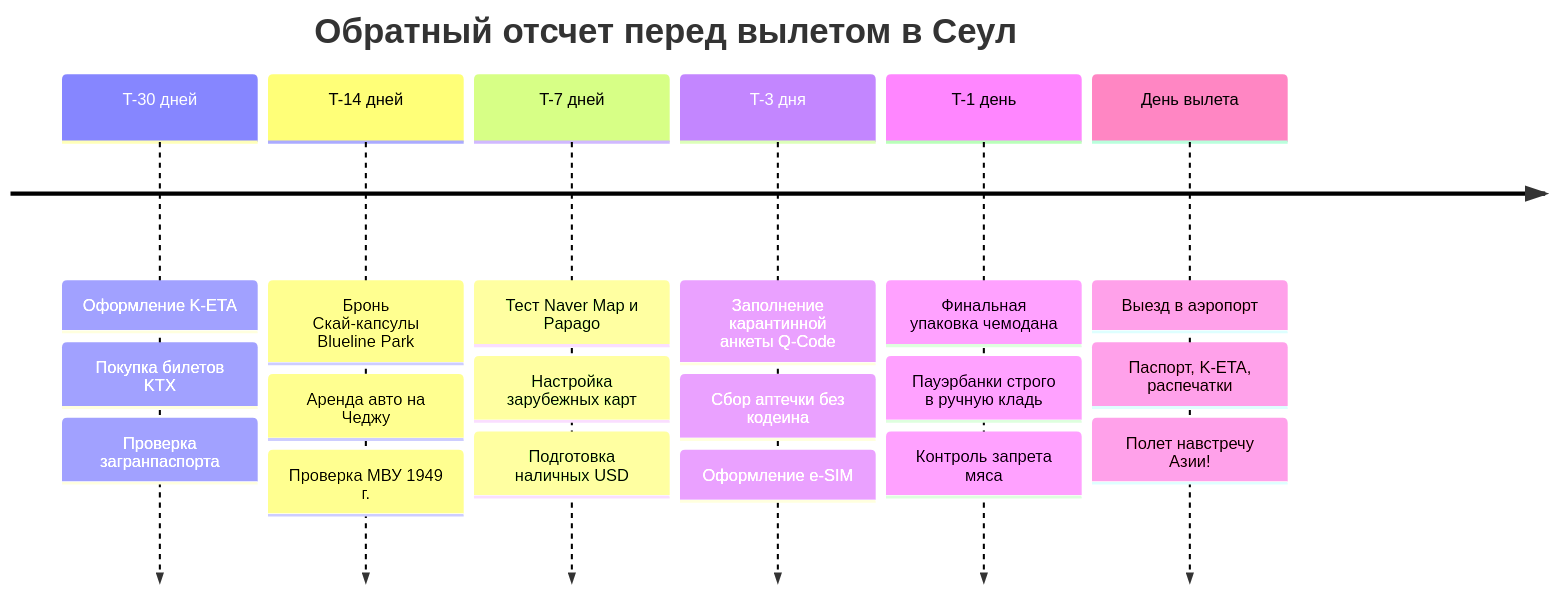
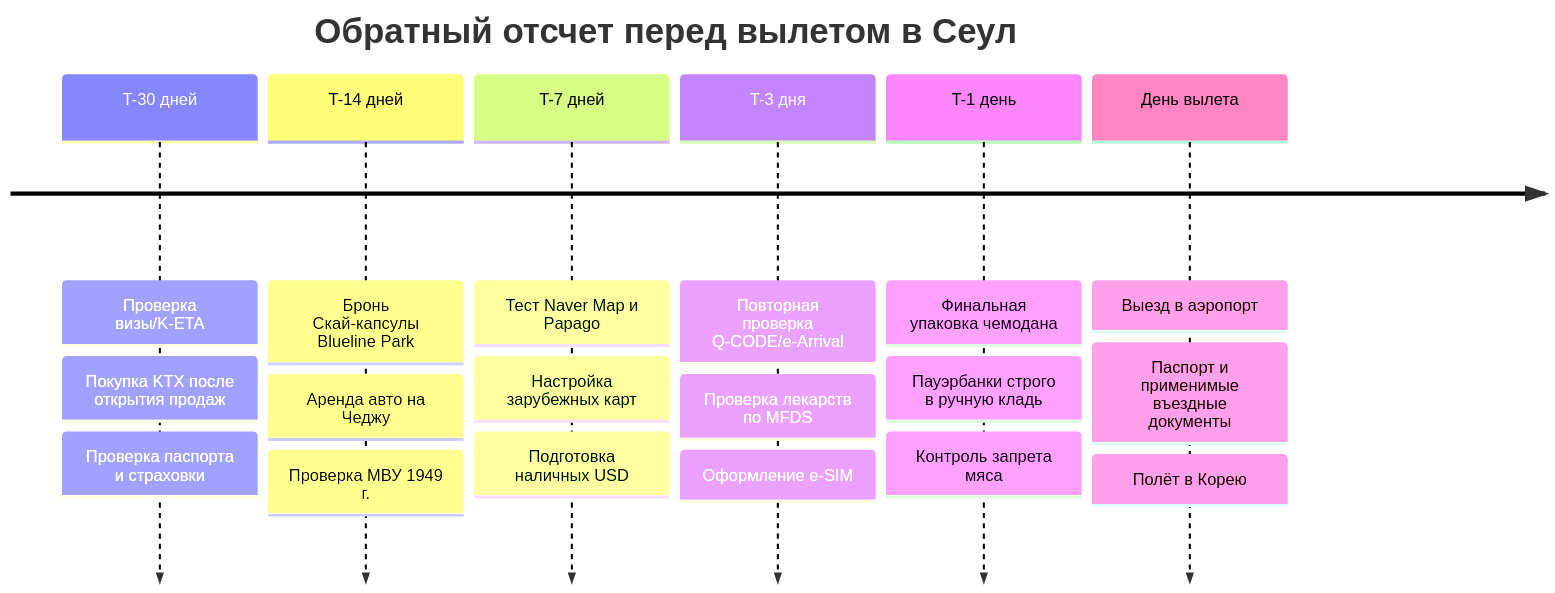
The third of 3 diagrams in Personal Note/Travel/-- South Korea/06 - Чек лист/Чек-лист подготовки и сборов.md (injurka/obsidian-mark), drawn with Mermaid before and after one commit. The commit also changed other lines of this file and 27 other files, not shown here.

````diff
--- a/Personal Note/Travel/-- South Korea/06 - Чек лист/Чек-лист подготовки и сборов.md
+++ b/Personal Note/Travel/-- South Korea/06 - Чек лист/Чек-лист подготовки и сборов.md
@@ -232,10 +228,10 @@
 ```mermaid
 timeline
     title Обратный отсчет перед вылетом в Сеул
-    T-30 дней : Оформление K-ETA : Покупка билетов KTX : Проверка загранпаспорта
+    T-30 дней : Проверка визы/K-ETA : Покупка KTX после открытия продаж : Проверка паспорта и страховки
     T-14 дней : Бронь Скай-капсулы Blueline Park : Аренда авто на Чеджу : Проверка МВУ 1949 г.
     T-7 дней : Тест Naver Map и Papago : Настройка зарубежных карт : Подготовка наличных USD
-    T-3 дня : Заполнение карантинной анкеты Q-Code : Сбор аптечки без кодеина : Оформление e-SIM
+    T-3 дня : Повторная проверка Q-CODE/e-Arrival : Проверка лекарств по MFDS : Оформление e-SIM
     T-1 день : Финальная упаковка чемодана : Пауэрбанки строго в ручную кладь : Контроль запрета мяса
-    День вылета : Выезд в аэропорт : Паспорт, K-ETA, распечатки : Полет навстречу Азии!
+    День вылета : Выезд в аэропорт : Паспорт и применимые въездные документы : Полёт в Корею
 ```
````
